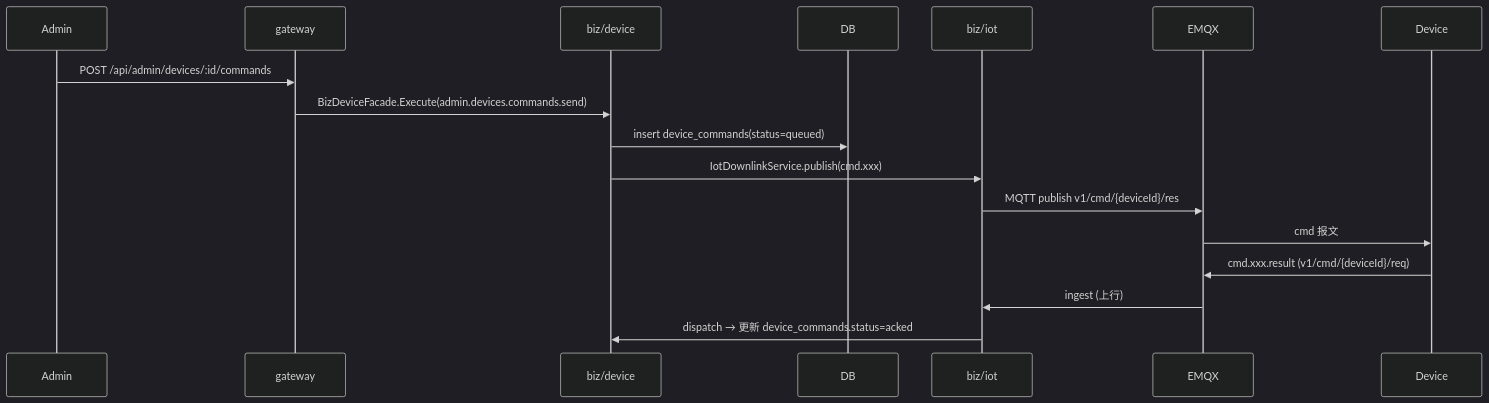
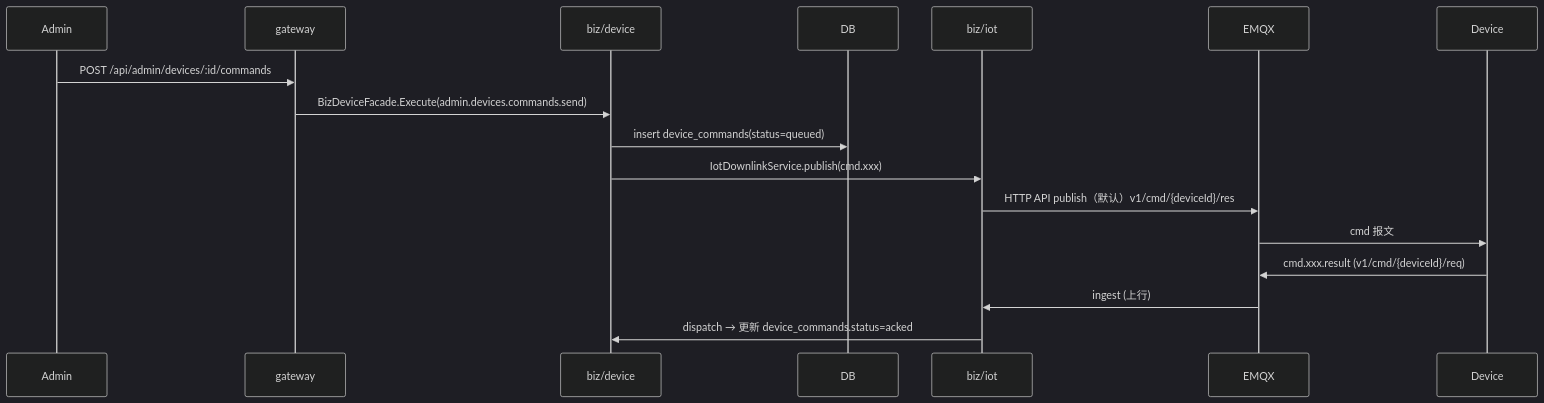
The third of 3 diagrams in docs/IoT通讯模块规范.md (helibin/lumimax), drawn with Mermaid (dark theme) before and after one commit. The commit also changed other lines of this file and 359 other files, not shown here.

````diff
--- a/docs/IoT通讯模块规范.md
+++ b/docs/IoT通讯模块规范.md
@@ -317,12 +419,12 @@
 ```mermaid
 sequenceDiagram
     Admin->>gateway: POST /api/admin/devices/:id/commands
     gateway->>biz/device: BizDeviceFacade.Execute(admin.devices.commands.send)
     biz/device->>DB: insert device_commands(status=queued)
     biz/device->>biz/iot: IotDownlinkService.publish(cmd.xxx)
-    biz/iot->>EMQX: MQTT publish v1/cmd/{deviceId}/res
+    biz/iot->>EMQX: HTTP API publish（默认）v1/cmd/{deviceId}/res
     EMQX->>Device: cmd 报文
     Device->>EMQX: cmd.xxx.result (v1/cmd/{deviceId}/req)
     EMQX->>biz/iot: ingest (上行)
     biz/iot->>biz/device: dispatch → 更新 device_commands.status=acked
 ```
````
